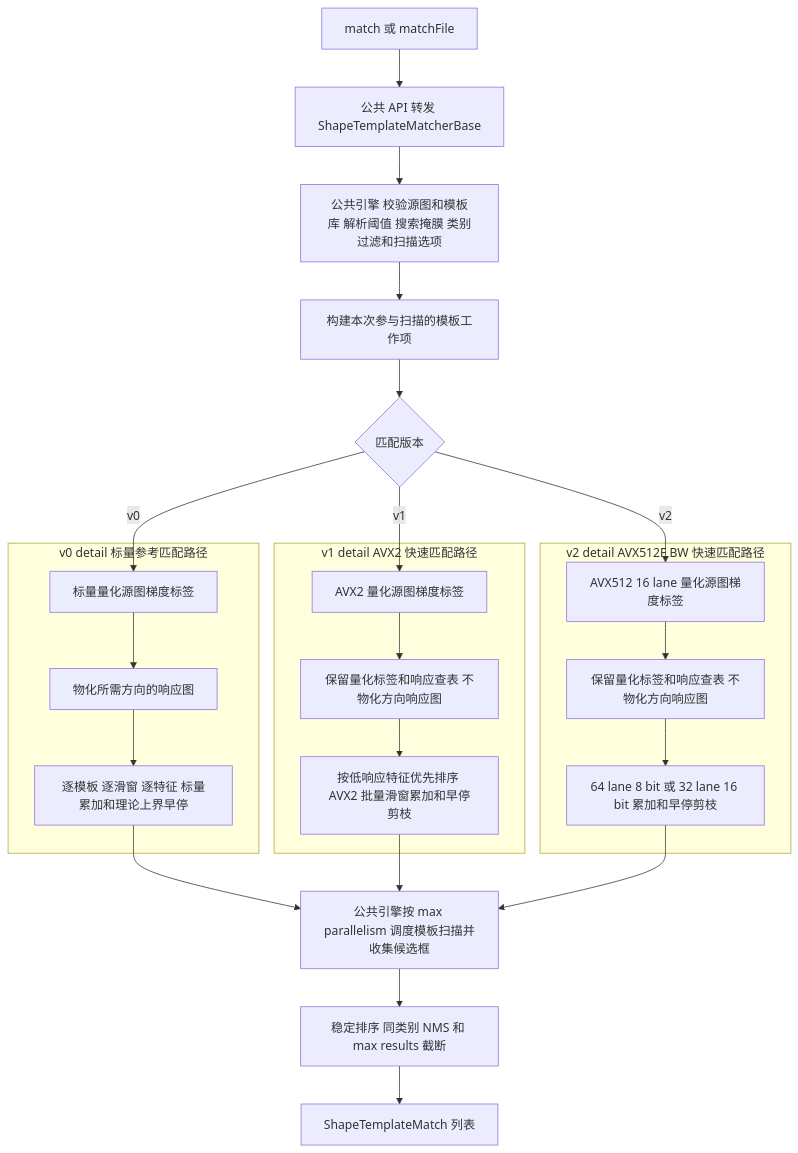
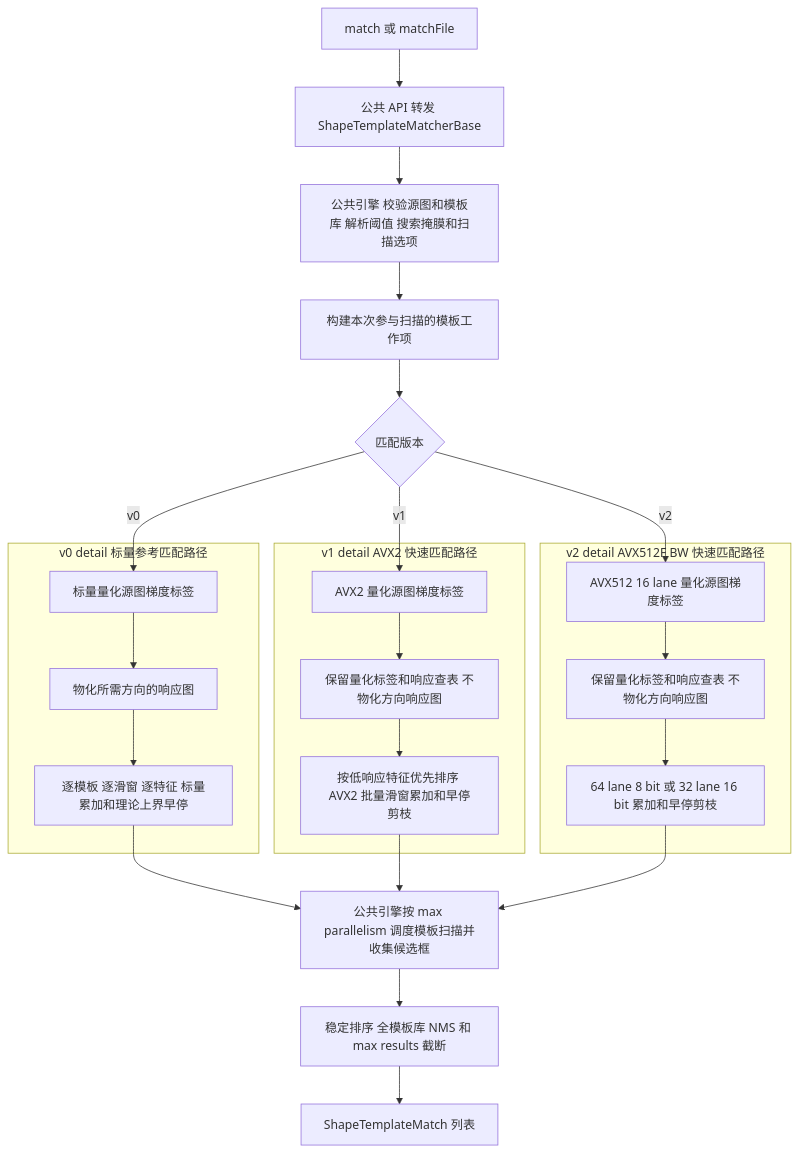
Before and after one commit to QWERDF007/InferRT: the second of 2 diagrams in src/features/ShapeTemplateMatchingFlow.md, drawn with Mermaid. The commit also changed other lines of this file and 12 other files, not shown here.

````diff
--- a/src/features/ShapeTemplateMatchingFlow.md
+++ b/src/features/ShapeTemplateMatchingFlow.md
@@ -262,48 +263,48 @@
 ```mermaid
 graph TB
     MatchStart["match 或 matchFile"];
     MatchApi["公共 API 转发 ShapeTemplateMatcherBase"];
-    MatchPrepare["公共引擎 校验源图和模板库 解析阈值 搜索掩膜 类别过滤和扫描选项"];
+    MatchPrepare["公共引擎 校验源图和模板库 解析阈值 搜索掩膜和扫描选项"];
     MatchWork["构建本次参与扫描的模板工作项"];
     MatchVersion{"匹配版本"};
     MatchStart --> MatchApi;
     MatchApi --> MatchPrepare;
     MatchPrepare --> MatchWork;
     MatchWork --> MatchVersion;
 
     subgraph V0Match["v0 detail 标量参考匹配路径"]
         V0Labels["标量量化源图梯度标签"];
         V0Maps["物化所需方向的响应图"];
         V0Scan["逐模板 逐滑窗 逐特征 标量累加和理论上界早停"];
         V0Labels --> V0Maps;
         V0Maps --> V0Scan;
     end
 
     subgraph V1Match["v1 detail AVX2 快速匹配路径"]
         V1Labels["AVX2 量化源图梯度标签"];
         V1Lookup["保留量化标签和响应查表 不物化方向响应图"];
         V1Scan["按低响应特征优先排序 AVX2 批量滑窗累加和早停剪枝"];
         V1Labels --> V1Lookup;
         V1Lookup --> V1Scan;
     end
 
     subgraph V2Match["v2 detail AVX512F BW 快速匹配路径"]
         V2Labels["AVX512 16 lane 量化源图梯度标签"];
         V2Lookup["保留量化标签和响应查表 不物化方向响应图"];
         V2Scan["64 lane 8 bit 或 32 lane 16 bit 累加和早停剪枝"];
         V2Labels --> V2Lookup;
         V2Lookup --> V2Scan;
     end
 
     MatchVersion -->|v0| V0Labels;
     MatchVersion -->|v1| V1Labels;
     MatchVersion -->|v2| V2Labels;
     MatchCollect["公共引擎按 max parallelism 调度模板扫描并收集候选框"];
-    MatchPost["稳定排序 同类别 NMS 和 max results 截断"];
+    MatchPost["稳定排序 全模板库 NMS 和 max results 截断"];
     MatchResult["ShapeTemplateMatch 列表"];
     V0Scan --> MatchCollect;
     V1Scan --> MatchCollect;
     V2Scan --> MatchCollect;
     MatchCollect --> MatchPost;
     MatchPost --> MatchResult;
 ```
````
